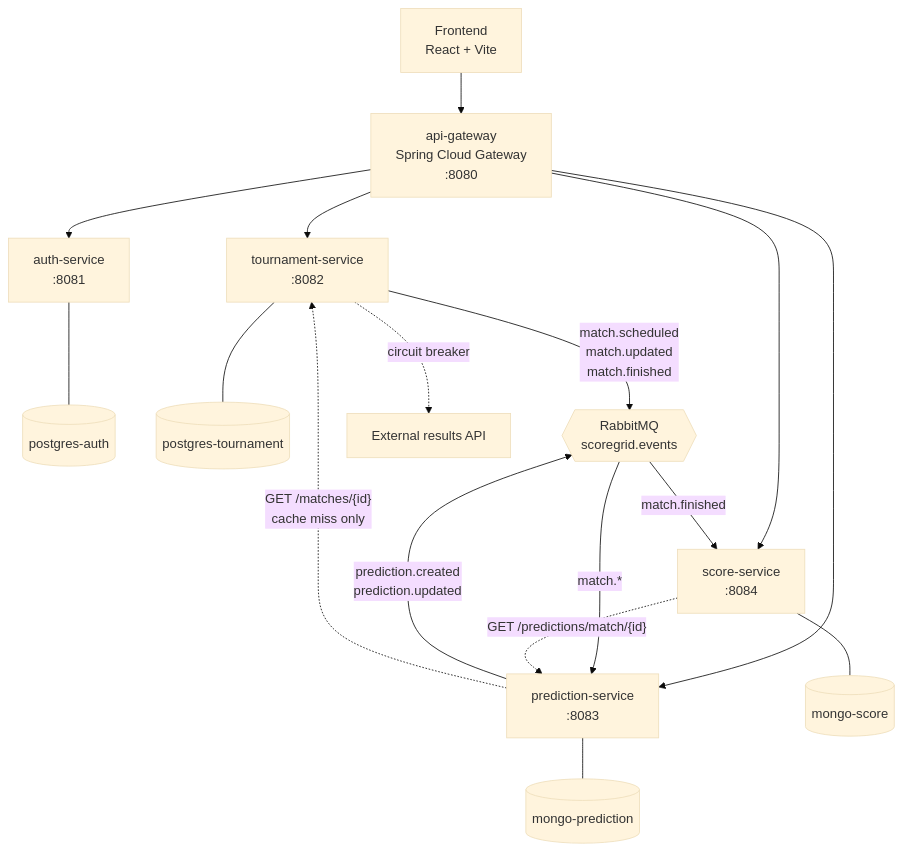
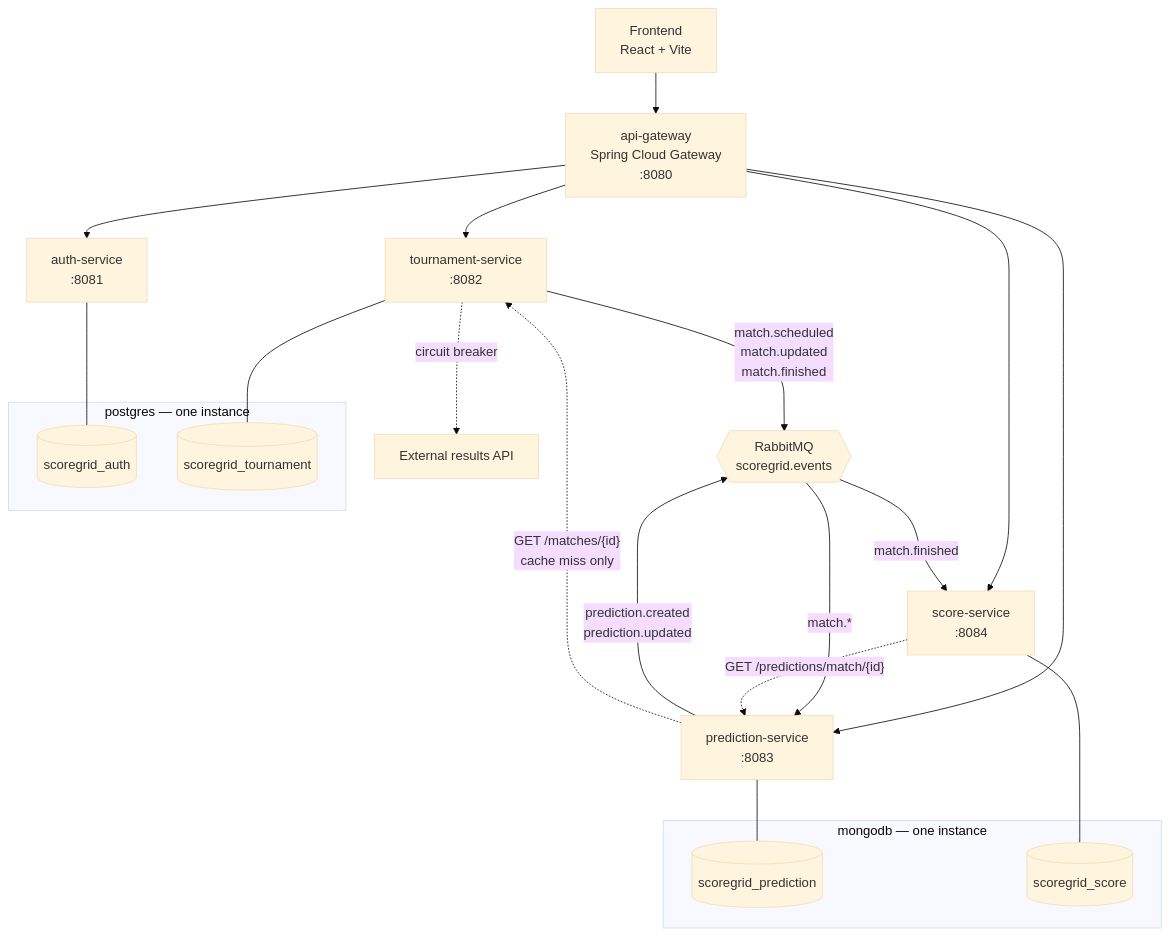
One commit to Style12341/scoregrid changed the diagram in docs/PRD.md. Above: the diagram before and after it, drawn with Mermaid (base theme). The commit also changed other lines of this file and 4 other files, not shown here.

````diff
--- a/docs/PRD.md
+++ b/docs/PRD.md
@@ -192,35 +192,40 @@
 ```mermaid
 flowchart TB
     FE["Frontend<br/>React + Vite"]
     GW["api-gateway<br/>Spring Cloud Gateway<br/>:8080"]
 
     AU["auth-service<br/>:8081"]
     TO["tournament-service<br/>:8082"]
     PR["prediction-service<br/>:8083"]
     SC["score-service<br/>:8084"]
 
-    PGA[("postgres-auth")]
-    PGT[("postgres-tournament")]
-    MOP[("mongo-prediction")]
-    MOS[("mongo-score")]
+    subgraph PG["postgres — one instance"]
+      PGA[("scoregrid_auth")]
+      PGT[("scoregrid_tournament")]
+    end
+
+    subgraph MO["mongodb — one instance"]
+      MOP[("scoregrid_prediction")]
+      MOS[("scoregrid_score")]
+    end
 
     MQ{{"RabbitMQ<br/>scoregrid.events"}}
     EXT["External results API"]
 
     FE --> GW
     GW --> AU & TO & PR & SC
 
     AU --- PGA
     TO --- PGT
     PR --- MOP
     SC --- MOS
 
     TO -- "match.scheduled<br/>match.updated<br/>match.finished" --> MQ
     PR -- "prediction.created<br/>prediction.updated" --> MQ
     MQ -- "match.*" --> PR
     MQ -- "match.finished" --> SC
 
     PR -. "GET /matches/{id}<br/>cache miss only" .-> TO
     SC -. "GET /predictions/match/{id}" .-> PR
     TO -. "circuit breaker" .-> EXT
 ```
````
